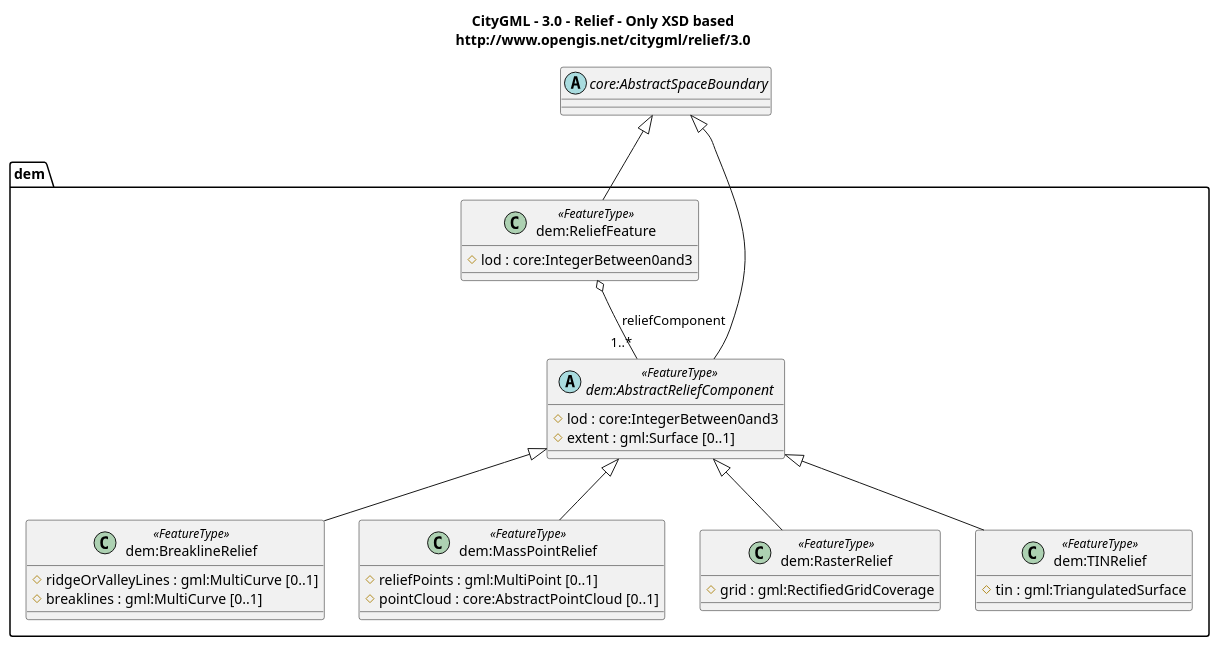
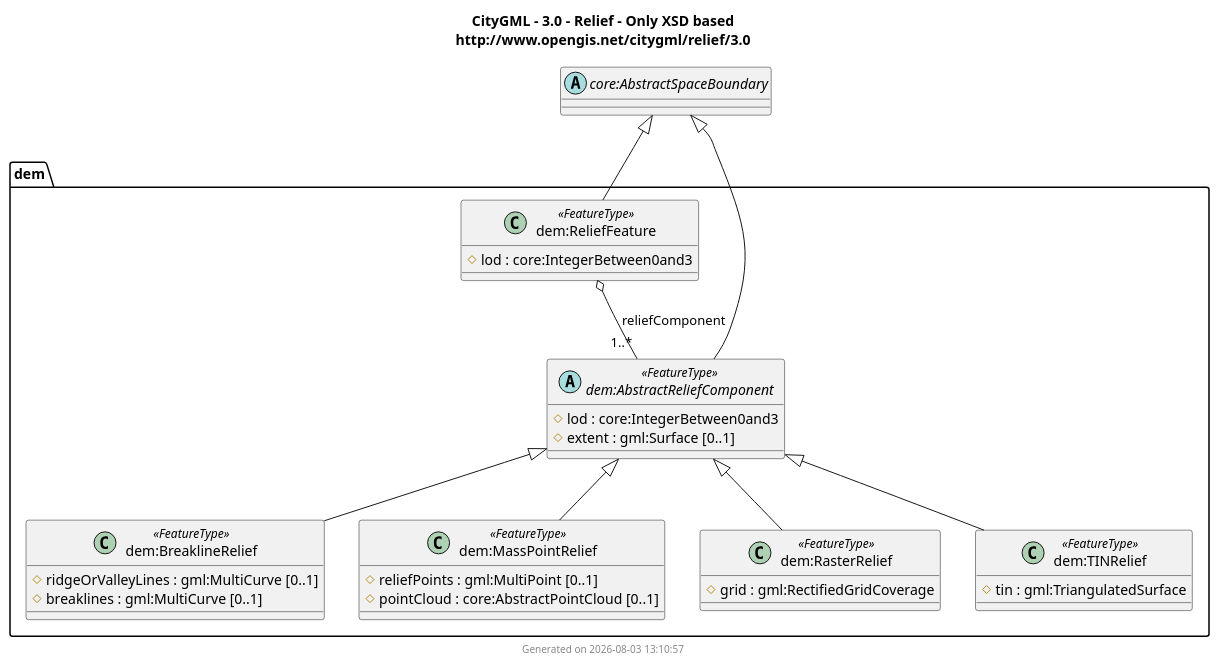
The diagram in docs/output/CityGML/3.0/UMLClassDiagram/relief.puml (muratkendir/every-class), drawn with PlantUML before and after one commit. The commit also changed 187 other files, not shown here.

First line of the commit message:
Add GML diagrams, timestamp footers, and mkdocs_puml website

```diff
--- a/docs/output/CityGML/3.0/UMLClassDiagram/relief.puml
+++ b/docs/output/CityGML/3.0/UMLClassDiagram/relief.puml
@@ -1,109 +1,110 @@
 @startuml
 title
   CityGML - 3.0 - Relief - Only XSD based
   http://www.opengis.net/citygml/relief/3.0
 end title
 
 package dem {
 abstract class "dem:ADEOfAbstractReliefComponent" $adeOf
 class "dem:ADEOfAbstractReliefComponentProperty" $property $adeOf {
   ADEOfAbstractReliefComponent : dem:ADEOfAbstractReliefComponent
 }
 abstract class "dem:ADEOfBreaklineRelief" $adeOf
 class "dem:ADEOfBreaklineReliefProperty" $property $adeOf {
   ADEOfBreaklineRelief : dem:ADEOfBreaklineRelief
 }
 abstract class "dem:ADEOfMassPointRelief" $adeOf
 class "dem:ADEOfMassPointReliefProperty" $property $adeOf {
   ADEOfMassPointRelief : dem:ADEOfMassPointRelief
 }
 abstract class "dem:ADEOfRasterRelief" $adeOf
 class "dem:ADEOfRasterReliefProperty" $property $adeOf {
   ADEOfRasterRelief : dem:ADEOfRasterRelief
 }
 abstract class "dem:ADEOfReliefFeature" $adeOf
 class "dem:ADEOfReliefFeatureProperty" $property $adeOf {
   ADEOfReliefFeature : dem:ADEOfReliefFeature
 }
 abstract class "dem:ADEOfTINRelief" $adeOf
 class "dem:ADEOfTINReliefProperty" $property $adeOf {
   ADEOfTINRelief : dem:ADEOfTINRelief
 }
 abstract class "dem:AbstractReliefComponent" <<FeatureType>> {
   # lod : core:IntegerBetween0and3
   # extent : gml:Surface [0..1]
   ~ adeOfAbstractReliefComponent : dem:ADEOfAbstractReliefComponent [0..*]
 }
 class "dem:AbstractReliefComponentProperty" $property {
   AbstractReliefComponent : dem:AbstractReliefComponent
 }
 class "dem:BreaklineRelief" <<FeatureType>> {
   # ridgeOrValleyLines : gml:MultiCurve [0..1]
   # breaklines : gml:MultiCurve [0..1]
   ~ adeOfBreaklineRelief : dem:ADEOfBreaklineRelief [0..*]
 }
 class "dem:BreaklineReliefProperty" $property {
   BreaklineRelief : dem:BreaklineRelief
 }
 class "dem:MassPointRelief" <<FeatureType>> {
   # reliefPoints : gml:MultiPoint [0..1]
   # pointCloud : core:AbstractPointCloud [0..1]
   ~ adeOfMassPointRelief : dem:ADEOfMassPointRelief [0..*]
 }
 class "dem:MassPointReliefProperty" $property {
   MassPointRelief : dem:MassPointRelief
 }
 class "dem:RasterRelief" <<FeatureType>> {
   # grid : gml:RectifiedGridCoverage
   ~ adeOfRasterRelief : dem:ADEOfRasterRelief [0..*]
 }
 class "dem:RasterReliefProperty" $property {
   RasterRelief : dem:RasterRelief
 }
 class "dem:ReliefFeature" <<FeatureType>> {
   # lod : core:IntegerBetween0and3
   ~ adeOfReliefFeature : dem:ADEOfReliefFeature [0..*]
 }
 class "dem:ReliefFeatureProperty" $property {
   ReliefFeature : dem:ReliefFeature
 }
 class "dem:TINRelief" <<FeatureType>> {
   # tin : gml:TriangulatedSurface
   ~ adeOfTINRelief : dem:ADEOfTINRelief [0..*]
 }
 class "dem:TINReliefProperty" $property {
   TINRelief : dem:TINRelief
 }
 }
 
 ' External types (unresolved namespaces)
 abstract class "core:AbstractSpaceBoundary"
 
 "core:AbstractSpaceBoundary" <|-- "dem:AbstractReliefComponent"
 "dem:AbstractReliefComponent" <|-- "dem:BreaklineRelief"
 "dem:AbstractReliefComponent" <|-- "dem:MassPointRelief"
 "dem:AbstractReliefComponent" <|-- "dem:RasterRelief"
 "core:AbstractSpaceBoundary" <|-- "dem:ReliefFeature"
 "dem:AbstractReliefComponent" <|-- "dem:TINRelief"
 
 ' Class relations (promoted from property wrappers)
 "dem:ReliefFeature" o-- "1..*" "dem:AbstractReliefComponent" : reliefComponent
 
 ' ADE hook classes are removed from rendering by default;
 ' remove the next line to show them.
 remove $adeOf
 
 ' Property pseudo-classes are removed from rendering by default;
 ' remove the next line to show them.
 remove $property
 
 ' ADE hook attributes are marked as package members (~ ) and
 ' hidden from rendering by default; remove the next line to show them.
 hide package members
 
 ' Attributes with value types from other namespaces are marked as
 ' protected members (# ) and shown by default; uncomment the next
 ' line to hide them.
 ' hide protected members
 
+footer Generated on 2026-08-03 13:10:57
 @enduml
```
